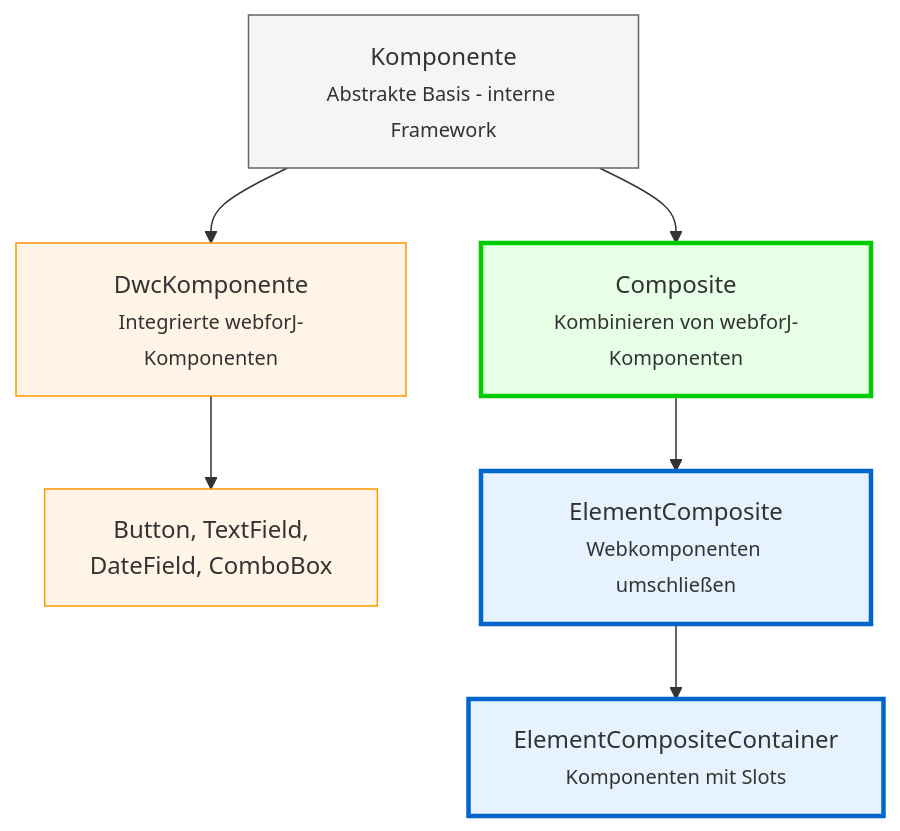
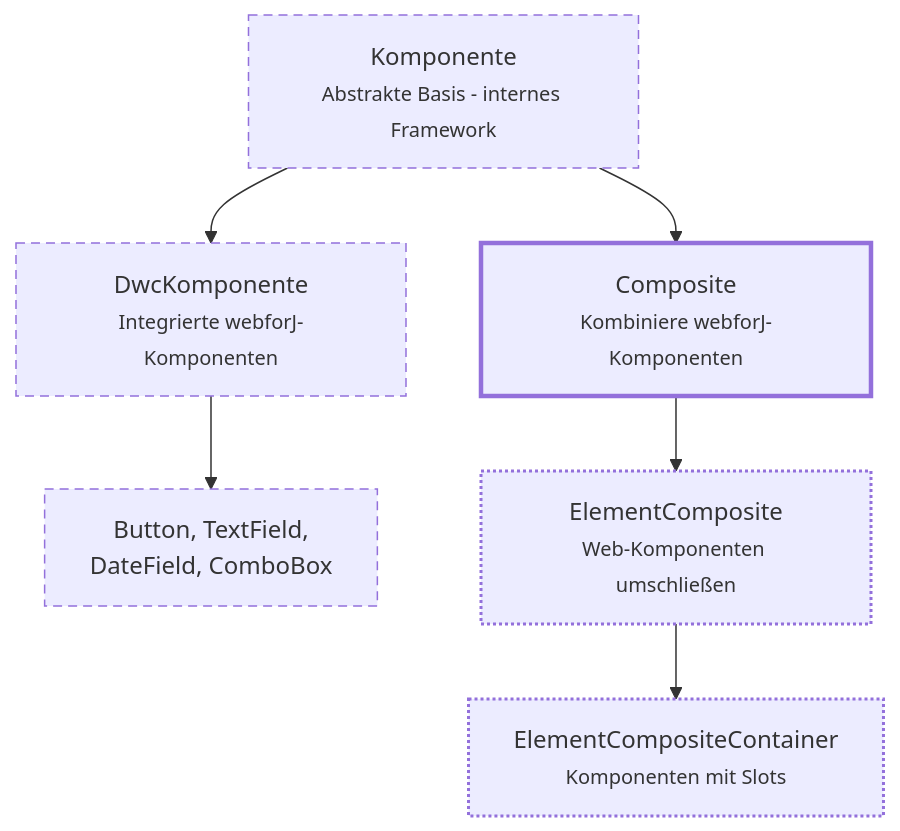
One commit to webforj/webforj-documentation changed the diagram in docs/i18n/de/docusaurus-plugin-content-docs/current/building-ui/component-fundamentals.md. Above: the diagram before and after it, drawn with Mermaid. The commit also changed other lines of this file and 11 other files, not shown here.

````diff
--- a/docs/i18n/de/docusaurus-plugin-content-docs/current/building-ui/component-fundamentals.md
+++ b/docs/i18n/de/docusaurus-plugin-content-docs/current/building-ui/component-fundamentals.md
@@ -52,22 +52,19 @@
 ```mermaid
 graph TD
-  A[Komponente<br/><small>Abstrakte Basis - interne Framework</small>]
+  A[Komponente<br/><small>Abstrakte Basis - internes Framework</small>]
   
   A --> B[DwcKomponente<br/><small>Integrierte webforJ-Komponenten</small>]
-  A --> C[Composite<br/><small>Kombinieren von webforJ-Komponenten</small>]
+  A --> C[Composite<br/><small>Kombiniere webforJ-Komponenten</small>]
   
   B --> E[Button, TextField,<br/>DateField, ComboBox]
   
-  C --> D[ElementComposite<br/><small>Webkomponenten umschließen</small>]
+  C --> D[ElementComposite<br/><small>Web-Komponenten umschließen</small>]
   D --> F[ElementCompositeContainer<br/><small>Komponenten mit Slots</small>]
-  
-  style A fill:#f5f5f5,stroke:#666
-  style B fill:#fff4e6,stroke:#ff9800
-  style C fill:#e6ffe6,stroke:#00cc00
-  style D fill:#e6f3ff,stroke:#0066cc
-  style E fill:#fff4e6,stroke:#ff9800
-  style F fill:#e6f3ff,stroke:#0066cc
-  
-  classDef userClass stroke-width:3px
-  class C,D,F userClass
+
+  classDef internal stroke-dasharray:6 4,stroke-width:1px
+  classDef primary stroke-width:3px
+  classDef secondary stroke-width:2px,stroke-dasharray:2 2
+  class A,B,E internal
+  class C primary
+  class D,F secondary
 ```
````
